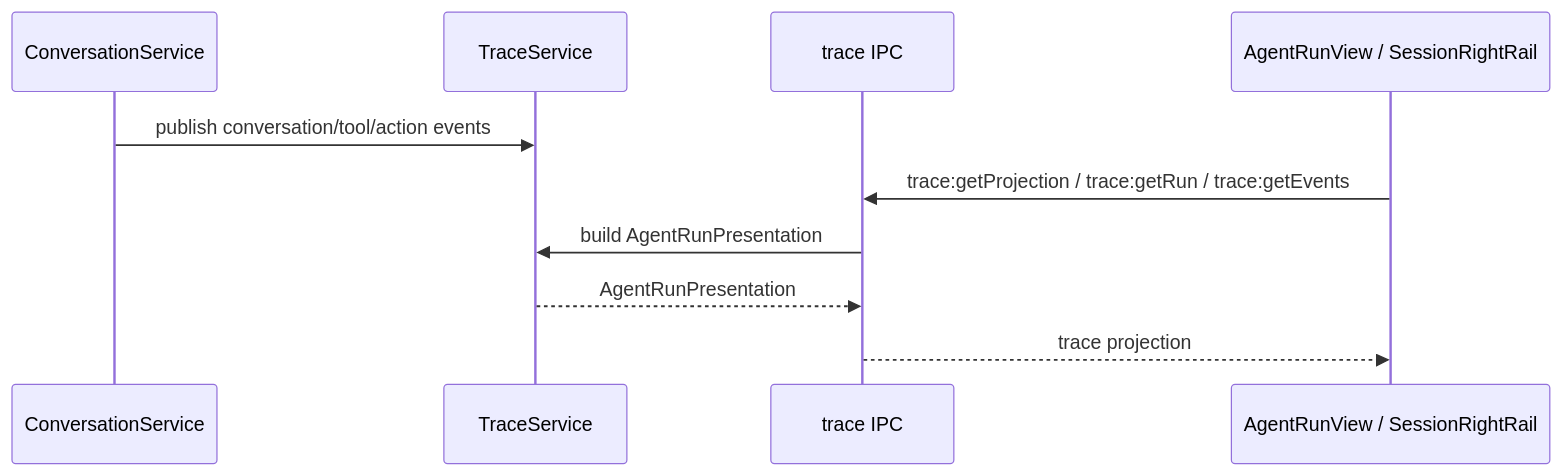
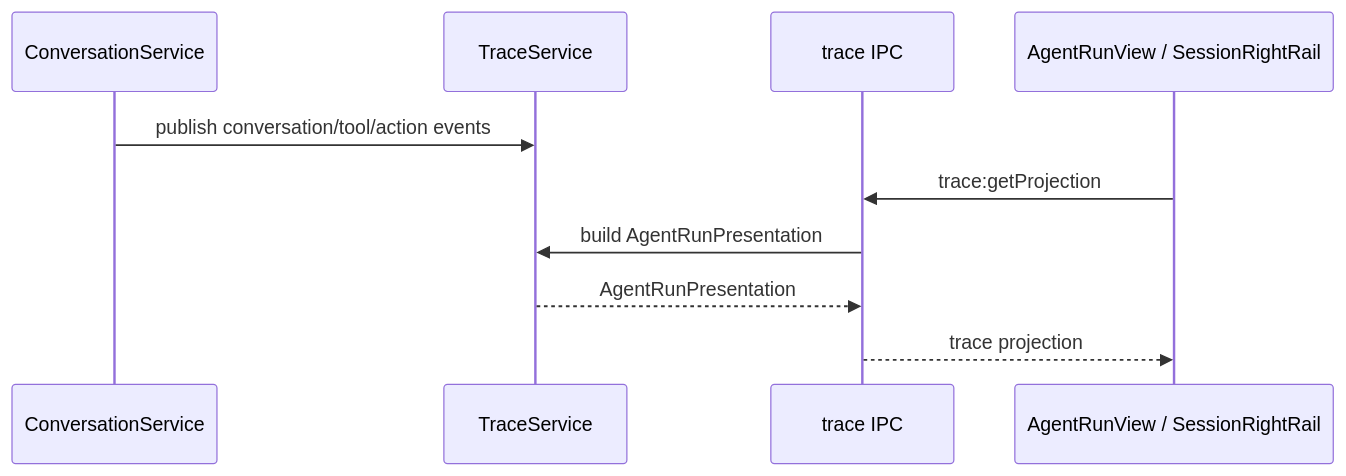
The third of 3 diagrams in docs/architecture/data-flow.md (haolange/RDC-Agent), drawn with Mermaid before and after one commit. The commit also changed 84 other files, not shown here.

````diff
--- a/docs/architecture/data-flow.md
+++ b/docs/architecture/data-flow.md
@@ -66,13 +66,13 @@
 ```mermaid
 sequenceDiagram
   participant Conversation as ConversationService
   participant Trace as TraceService
   participant IPC as trace IPC
   participant UI as AgentRunView / SessionRightRail
 
   Conversation->>Trace: publish conversation/tool/action events
-  UI->>IPC: trace:getProjection / trace:getRun / trace:getEvents
+  UI->>IPC: trace:getProjection
   IPC->>Trace: build AgentRunPresentation
   Trace-->>IPC: AgentRunPresentation
   IPC-->>UI: trace projection
 ```
````
